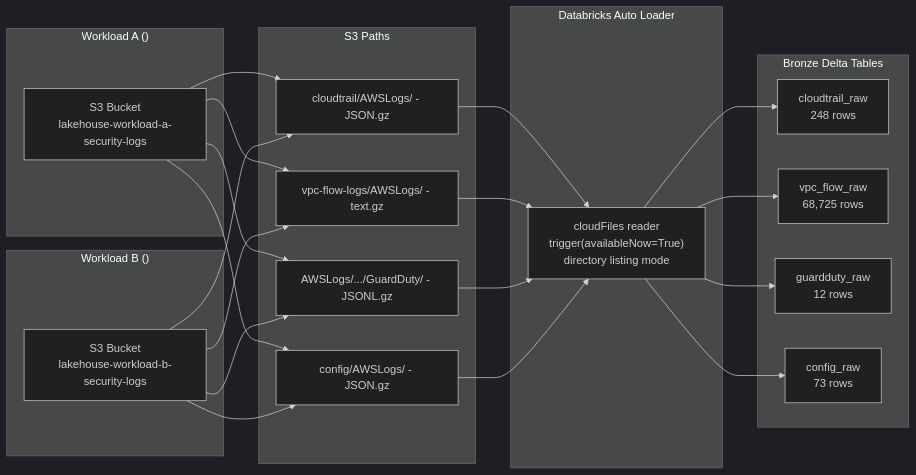
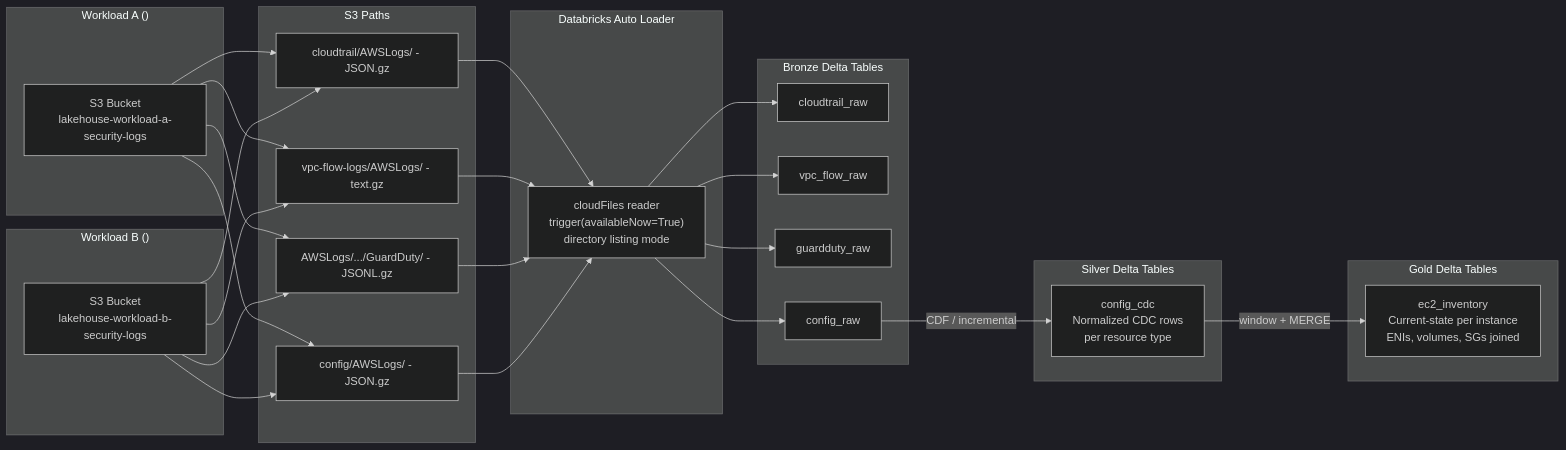
Before and after one commit to snk5125/security-data-platform: the diagram in diagrams/03_data_flow.mmd, drawn with Mermaid (dark theme). The commit also changed 11 other files, not shown here.

Commit message:
Added silver and gold layers

```diff
--- a/diagrams/03_data_flow.mmd
+++ b/diagrams/03_data_flow.mmd
@@ -1,33 +1,44 @@
 graph LR
     subgraph "Workload A (<WORKLOAD_A_ACCOUNT_ID>)"
         S3A["S3 Bucket<br/>lakehouse-workload-a-security-logs"]
     end
 
     subgraph "Workload B (<WORKLOAD_B_ACCOUNT_ID>)"
         S3B["S3 Bucket<br/>lakehouse-workload-b-security-logs"]
     end
 
     subgraph "Databricks Auto Loader"
         AL["cloudFiles reader<br/>trigger(availableNow=True)<br/>directory listing mode"]
     end
 
     subgraph "Bronze Delta Tables"
-        CT["cloudtrail_raw<br/>248 rows"]
-        VF["vpc_flow_raw<br/>68,725 rows"]
-        GD["guardduty_raw<br/>12 rows"]
-        CF["config_raw<br/>73 rows"]
+        CT["cloudtrail_raw"]
+        VF["vpc_flow_raw"]
+        GD["guardduty_raw"]
+        CF["config_raw"]
+    end
+
+    subgraph "Silver Delta Tables"
+        CDC["config_cdc<br/>Normalized CDC rows<br/>per resource type"]
+    end
+
+    subgraph "Gold Delta Tables"
+        EC2["ec2_inventory<br/>Current-state per instance<br/>ENIs, volumes, SGs joined"]
     end
 
     subgraph "S3 Paths"
         P1["cloudtrail/AWSLogs/ - JSON.gz"]
         P2["vpc-flow-logs/AWSLogs/ - text.gz"]
         P3["AWSLogs/.../GuardDuty/ - JSONL.gz"]
         P4["config/AWSLogs/ - JSON.gz"]
     end
 
     S3A --> P1 & P2 & P3 & P4
     S3B --> P1 & P2 & P3 & P4
     P1 --> AL --> CT
     P2 --> AL --> VF
     P3 --> AL --> GD
     P4 --> AL --> CF
+
+    CF -->|"CDF / incremental"| CDC
+    CDC -->|"window + MERGE"| EC2
```
